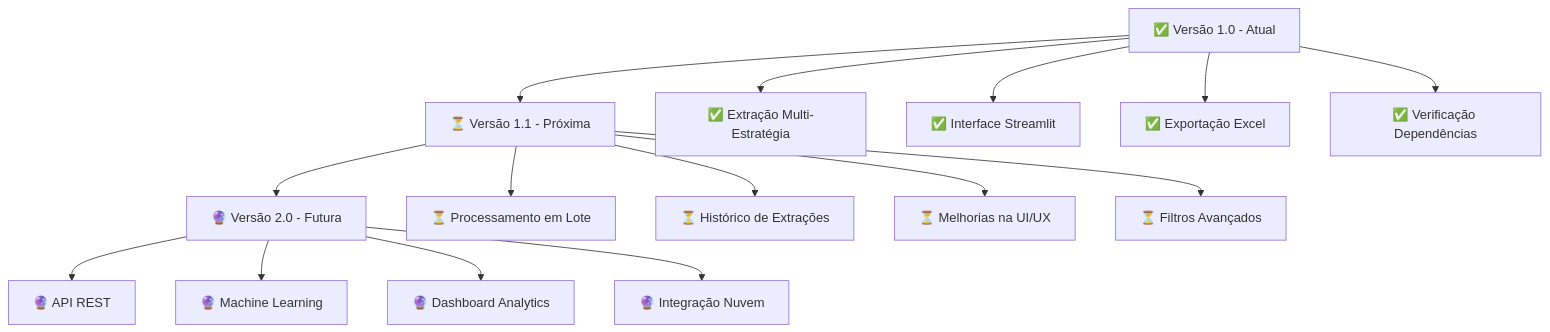
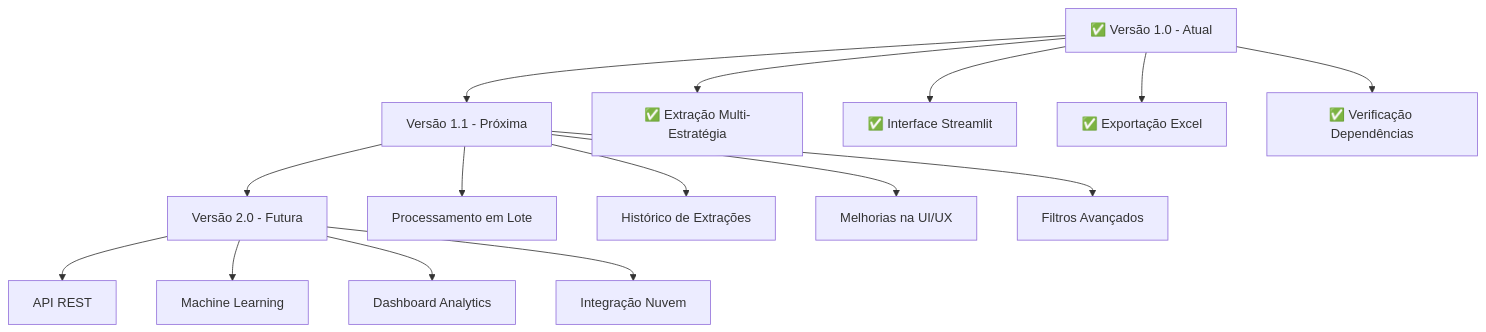
The diagram in README.md (rogeramorim7/extrator-de-nf), drawn with Mermaid before and after one commit. The commit also changed other lines of this file, not shown here.

````diff
--- a/README.md
+++ b/README.md
@@ -283,20 +283,20 @@
 ```mermaid
 graph TD
-    A[✅ Versão 1.0 - Atual] --> B[⏳ Versão 1.1 - Próxima]
-    B --> C[🔮 Versão 2.0 - Futura]
+    A[✅ Versão 1.0 - Atual] --> B[Versão 1.1 - Próxima]
+    B --> C[Versão 2.0 - Futura]
     
     A --> A1[✅ Extração Multi-Estratégia]
     A --> A2[✅ Interface Streamlit] 
     A --> A3[✅ Exportação Excel]
     A --> A4[✅ Verificação Dependências]
     
-    B --> B1[⏳ Processamento em Lote]
-    B --> B2[⏳ Histórico de Extrações]
-    B --> B3[⏳ Melhorias na UI/UX]
-    B --> B4[⏳ Filtros Avançados]
+    B --> B1[Processamento em Lote]
+    B --> B2[Histórico de Extrações]
+    B --> B3[Melhorias na UI/UX]
+    B --> B4[ Filtros Avançados]
     
-    C --> C1[🔮 API REST]
-    C --> C2[🔮 Machine Learning]
-    C --> C3[🔮 Dashboard Analytics]
-    C --> C4[🔮 Integração Nuvem]
+    C --> C1[API REST]
+    C --> C2[Machine Learning]
+    C --> C3[Dashboard Analytics]
+    C --> C4[Integração Nuvem]
 ```
````
